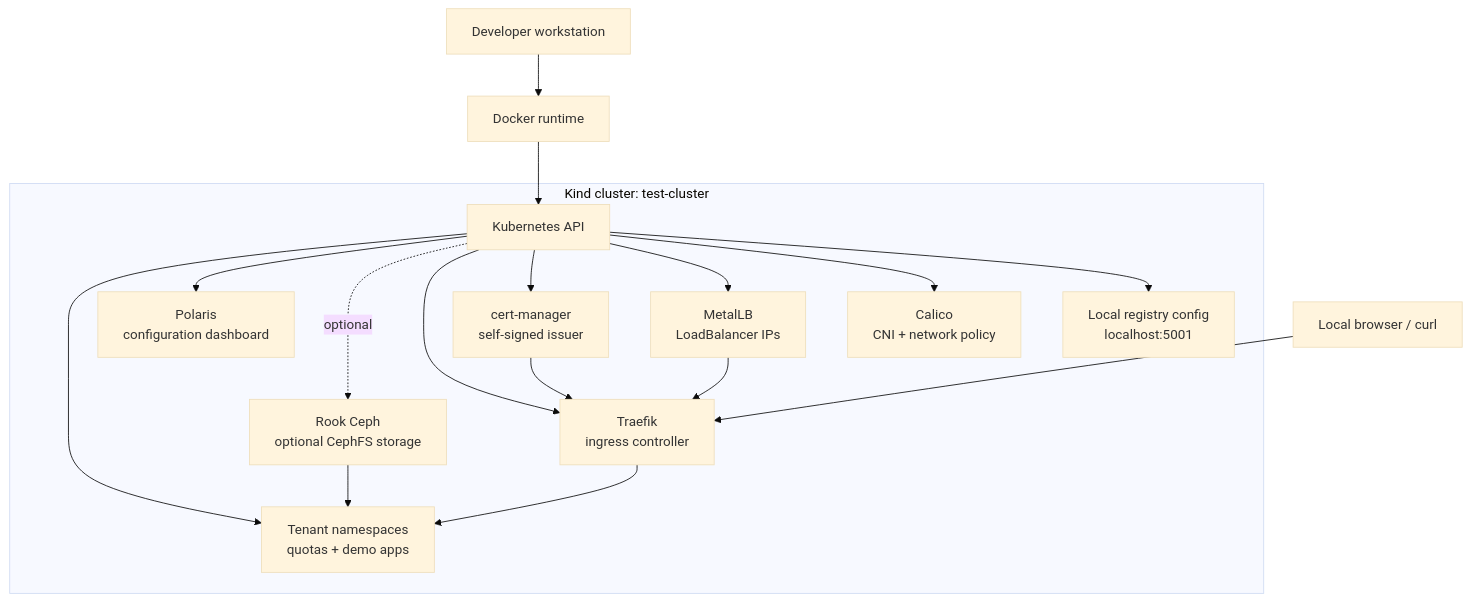
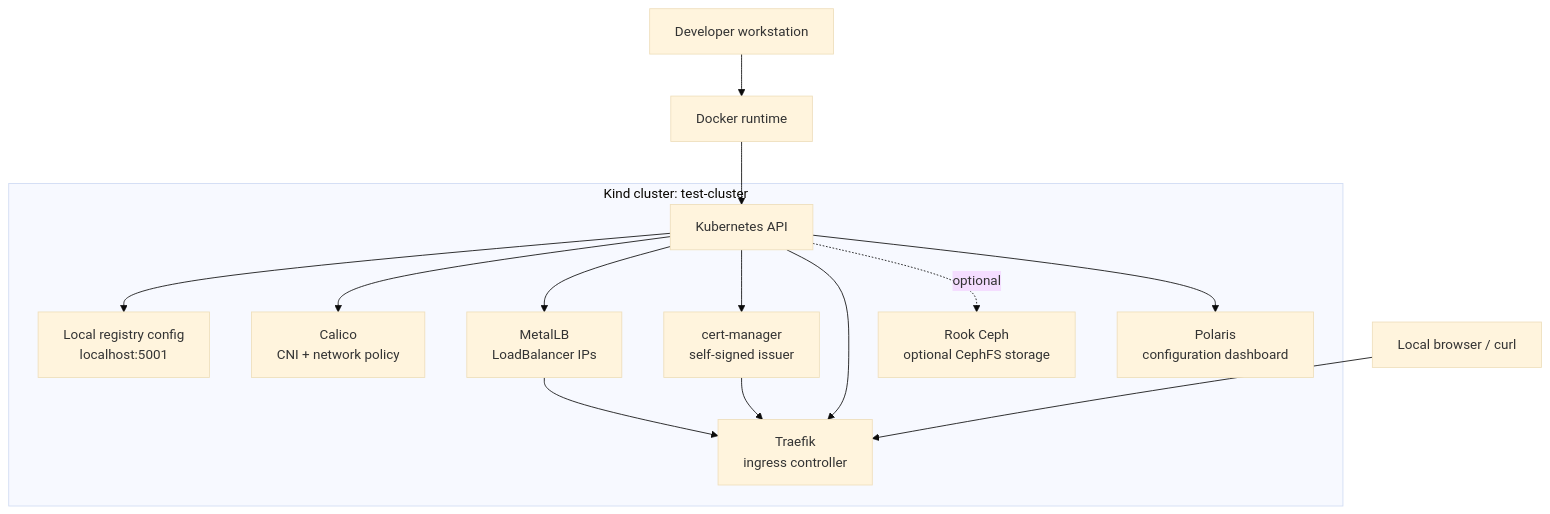
The diagram in README.md (bikramjitchawla/Kubernetes-cluster-development), drawn with Mermaid (base theme) before and after one commit. The commit also changed other lines of this file and 7 other files, not shown here.

Commit message:
removed multi tenant architecture

````diff
--- a/README.md
+++ b/README.md
@@ -9,35 +9,31 @@
 ```mermaid
 flowchart TB
   workstation["Developer workstation"]
   docker["Docker runtime"]
 
   workstation --> docker
 
   subgraph cluster["Kind cluster: test-cluster"]
     api["Kubernetes API"]
     registry["Local registry config<br/>localhost:5001"]
     calico["Calico<br/>CNI + network policy"]
     metallb["MetalLB<br/>LoadBalancer IPs"]
     certmanager["cert-manager<br/>self-signed issuer"]
     traefik["Traefik<br/>ingress controller"]
     rook["Rook Ceph<br/>optional CephFS storage"]
     polaris["Polaris<br/>configuration dashboard"]
-    tenants["Tenant namespaces<br/>quotas + demo apps"]
   end
 
   docker --> api
   api --> registry
   api --> calico
   api --> metallb
   api --> certmanager
   api --> traefik
   api -. optional .-> rook
   api --> polaris
-  api --> tenants
 
   users["Local browser / curl"] --> traefik
-  traefik --> tenants
   metallb --> traefik
   certmanager --> traefik
-  rook --> tenants
 ```
````
